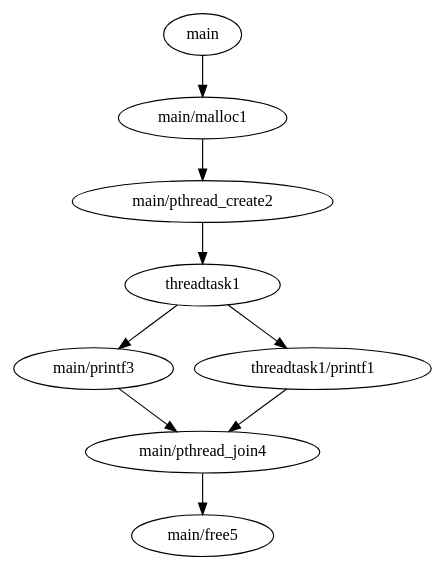
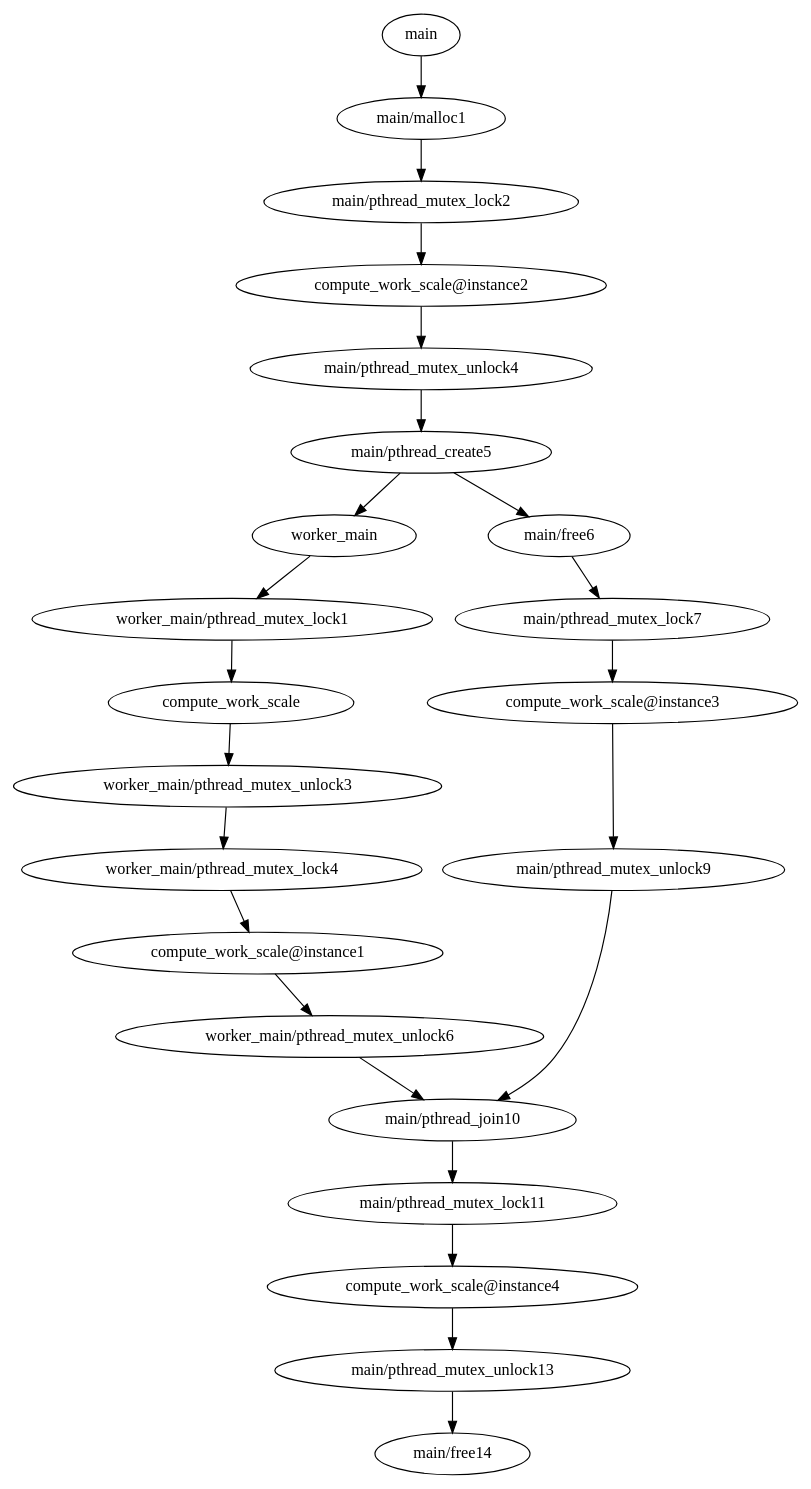
One commit to RTS-SYSU/DAG-Gen changed the diagram in 中间结果/simple/生成dag图/dag.dot. Above: the diagram before and after it, drawn with Graphviz. The commit also changed 3421 other files, not shown here.

```diff
--- a/中间结果/simple/生成dag图/dag.dot
+++ b/中间结果/simple/生成dag图/dag.dot
@@ -1,10 +1,24 @@
 strict digraph callgraph {
 "main" -> "main/malloc1";
-"main/malloc1" -> "main/pthread_create2";
-"main/pthread_create2" -> "threadtask1";
-"threadtask1" -> "main/printf3";
-"threadtask1/printf1" -> "main/pthread_join4";
-"main/printf3" -> "main/pthread_join4";
-"main/pthread_join4" -> "main/free5";
-"threadtask1" -> "threadtask1/printf1";
+"main/malloc1" -> "main/pthread_mutex_lock2";
+"main/pthread_mutex_lock2" -> "compute_work_scale@instance2";
+"compute_work_scale@instance2" -> "main/pthread_mutex_unlock4";
+"main/pthread_mutex_unlock4" -> "main/pthread_create5";
+"main/pthread_create5" -> "worker_main";
+"main/pthread_create5" -> "main/free6";
+"main/free6" -> "main/pthread_mutex_lock7";
+"main/pthread_mutex_lock7" -> "compute_work_scale@instance3";
+"compute_work_scale@instance3" -> "main/pthread_mutex_unlock9";
+"main/pthread_mutex_unlock9" -> "main/pthread_join10";
+"main/pthread_join10" -> "main/pthread_mutex_lock11";
+"main/pthread_mutex_lock11" -> "compute_work_scale@instance4";
+"compute_work_scale@instance4" -> "main/pthread_mutex_unlock13";
+"main/pthread_mutex_unlock13" -> "main/free14";
+"worker_main" -> "worker_main/pthread_mutex_lock1";
+"worker_main/pthread_mutex_lock1" -> "compute_work_scale";
+"compute_work_scale" -> "worker_main/pthread_mutex_unlock3";
+"worker_main/pthread_mutex_unlock3" -> "worker_main/pthread_mutex_lock4";
+"worker_main/pthread_mutex_lock4" -> "compute_work_scale@instance1";
+"compute_work_scale@instance1" -> "worker_main/pthread_mutex_unlock6";
+"worker_main/pthread_mutex_unlock6" -> "main/pthread_join10";
 }
```
